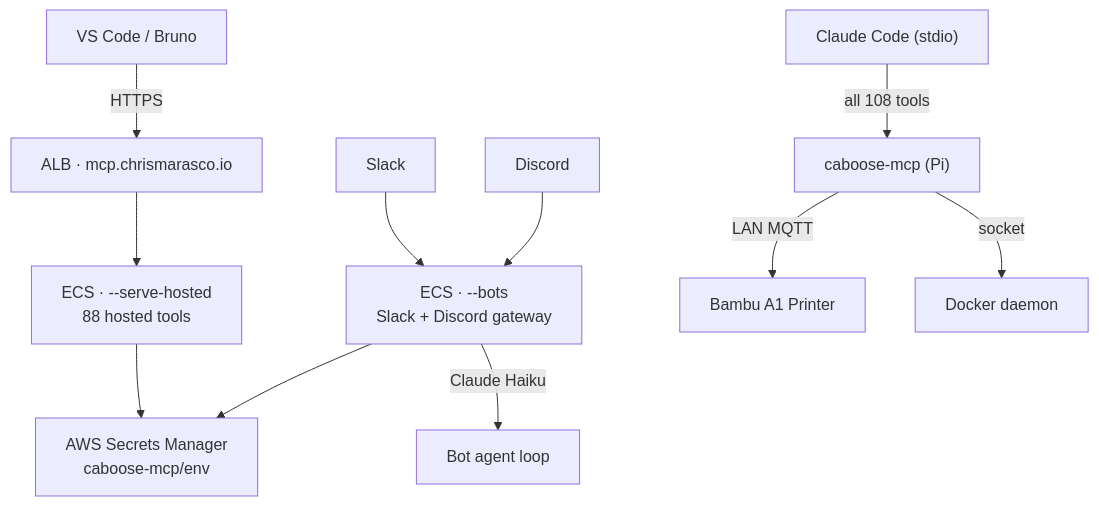
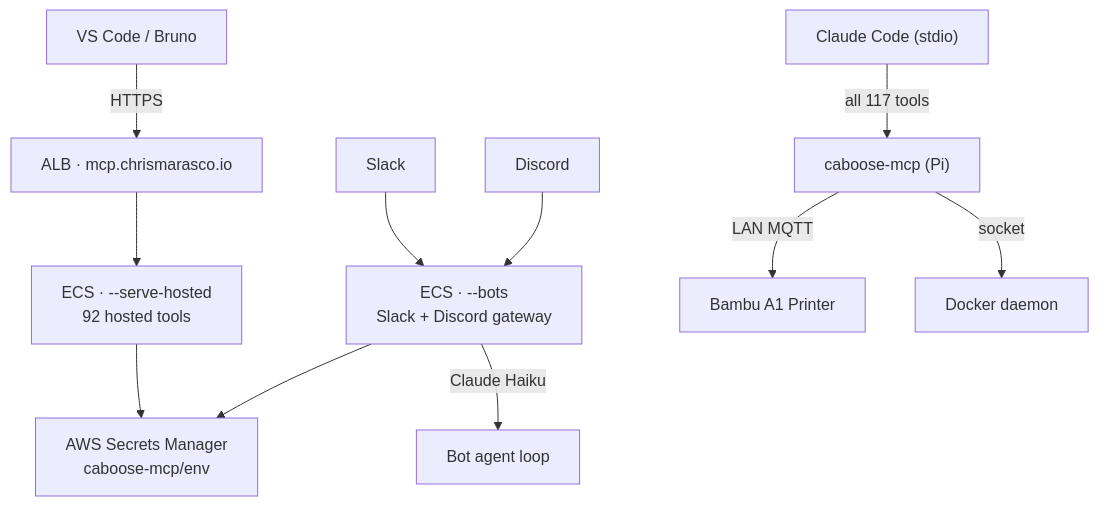
Before and after one commit to caboose-mcp/caboose-mcp: the diagram in README.md, drawn with Mermaid. The commit also changed other lines of this file and 1 other file, not shown here.

````diff
--- a/README.md
+++ b/README.md
@@ -22,12 +22,12 @@
 ```mermaid
 graph TD
-    Claude["Claude Code (stdio)"] -->|all 108 tools| Binary["caboose-mcp (Pi)"]
+    Claude["Claude Code (stdio)"] -->|all 117 tools| Binary["caboose-mcp (Pi)"]
     VSCode["VS Code / Bruno"] -->|HTTPS| ALB["ALB · mcp.chrismarasco.io"]
-    ALB --> Serve["ECS · --serve-hosted\n88 hosted tools"]
+    ALB --> Serve["ECS · --serve-hosted\n92 hosted tools"]
     Slack["Slack"] --> Bots["ECS · --bots\nSlack + Discord gateway"]
     Discord["Discord"] --> Bots
     Bots -->|Claude Haiku| Agent["Bot agent loop"]
     Binary -->|LAN MQTT| Bambu["Bambu A1 Printer"]
     Binary -->|socket| DockerD["Docker daemon"]
     Serve & Bots --> SM["AWS Secrets Manager\ncaboose-mcp/env"]
 ```
````
